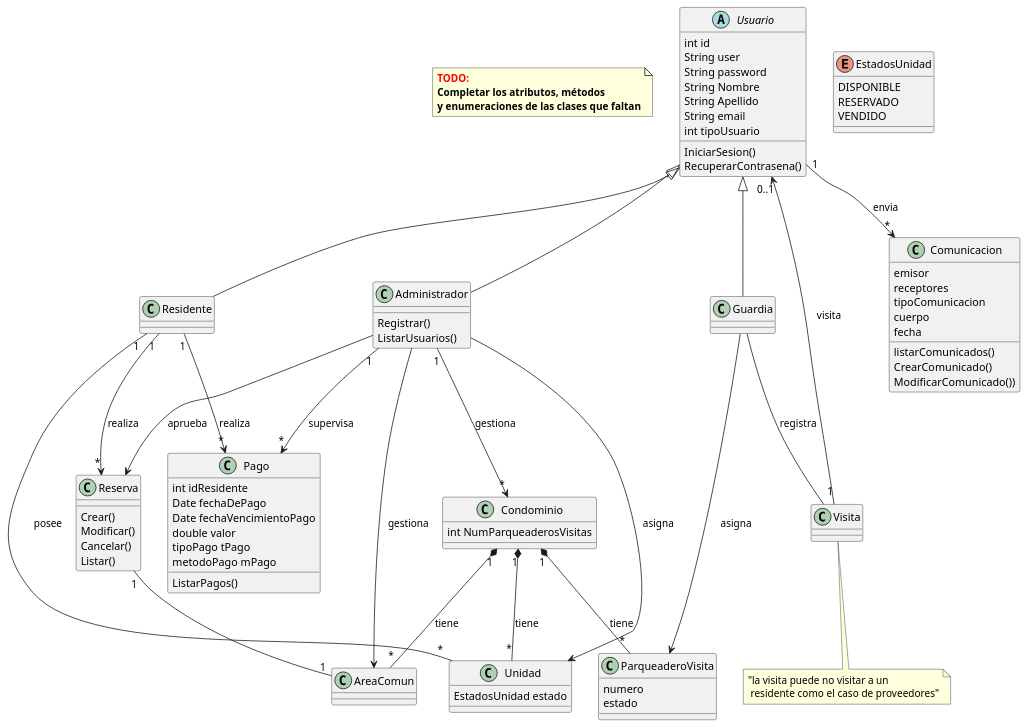
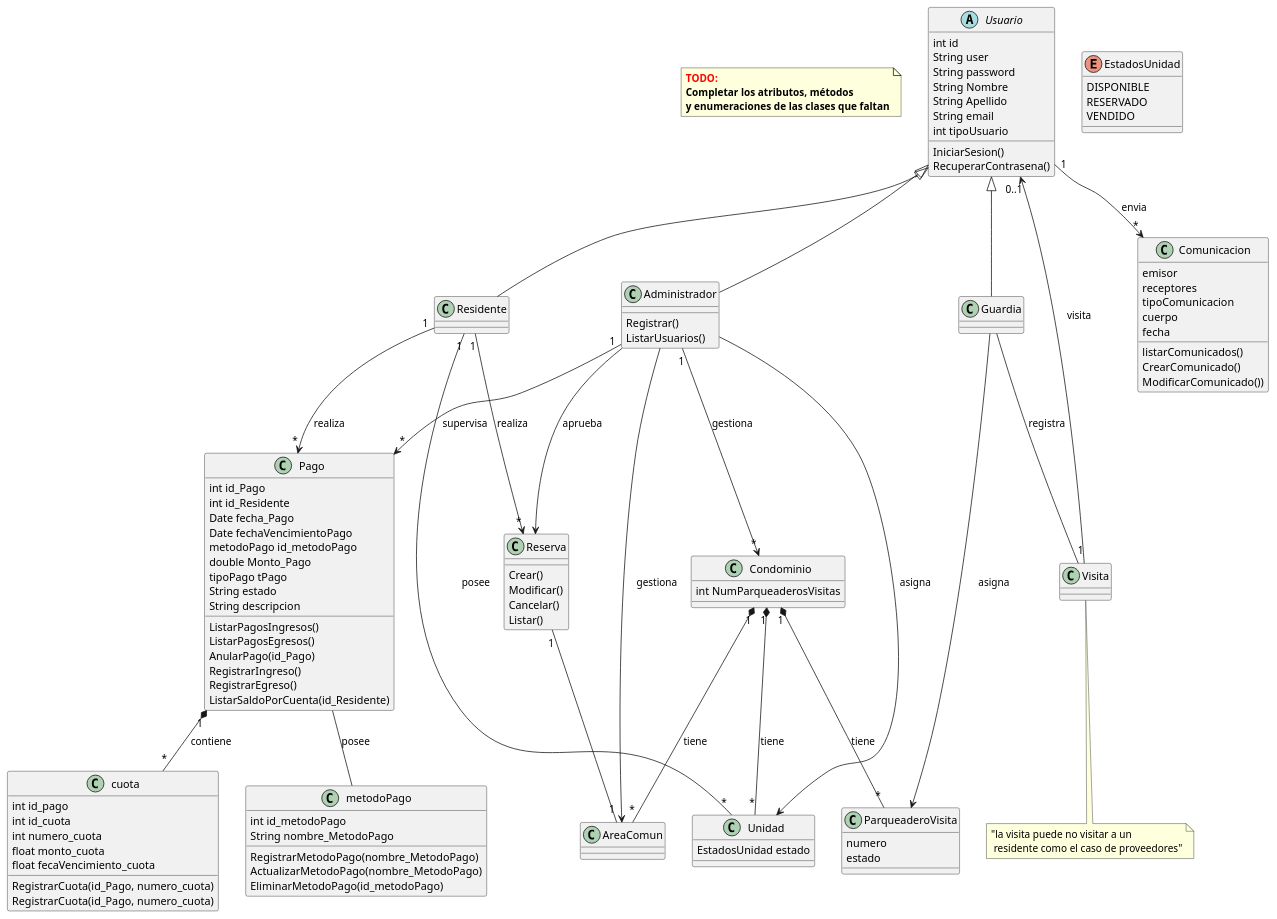
The diagram in src/main/java/condominio/DiagramaDeClases.puml (richardriverag/Condominio), drawn with PlantUML before and after one commit.

Commit message:
actualizacion del archivo DiagramaDeClases.puml con atributos y metodos

```diff
--- a/src/main/java/condominio/DiagramaDeClases.puml
+++ b/src/main/java/condominio/DiagramaDeClases.puml
@@ -1,111 +1,139 @@
 @startuml
 'https://plantuml.com/class-diagram
 note as N1
     <b><color: Red>TODO:
     <b>Completar los atributos, métodos
     <b>y enumeraciones de las clases que faltan
 end note
 abstract class Usuario
 {
     {field} int id
     {field} String user
     {field} String password
     {field} String Nombre
     {field} String Apellido
     {field} String email
     {field} int tipoUsuario
     {method} IniciarSesion()
     {method} RecuperarContrasena()
 }
 class Administrador 
 {
     {method} Registrar()
     {method} ListarUsuarios()
 }
 class Residente
 class Guardia
 class Condominio
 {
     int NumParqueaderosVisitas
 }
 class Unidad
 {
     {field} EstadosUnidad estado
 }
 ' enumeración de estados: disponible, reservado, vendido
 enum EstadosUnidad {
  DISPONIBLE
  RESERVADO
  VENDIDO
 }
 class Reserva{
     {method} Crear()
     {method} Modificar()
     {method} Cancelar()
     {method} Listar()
 }
 class AreaComun
 class Visita
 note bottom: "la visita puede no visitar a un \n residente como el caso de proveedores"
 
 class Pago
 {
-    {field} int idResidente
-    {field} Date fechaDePago
+    {field} int id_Pago
+    {field} int id_Residente
+    {field} Date fecha_Pago
     {field} Date fechaVencimientoPago
-    {field} double valor
+    {field} metodoPago id_metodoPago
+     'enum metodoPago: efectivo, tarjetas de crédito'
+    {field} double Monto_Pago
     {field} tipoPago tPago
-    ' enum alicuota o extraordinaria
-    {field} metodoPago mPago
-    ' enum metodoPago: efectivo, tarjetas de crédito,
-    'tarjetas de débito o transferencia
-    {method} ListarPagos()
-    ' crear pago....
+    'enum alicuota o extraordinaria'
+    'tarjetas de débito o transferencia'
+    {field} String estado
+    'enum ingreso o egreso'
+    {field} String descripcion
+   {method} ListarPagosIngresos()
+   {method} ListarPagosEgresos()
+   {method} AnularPago(id_Pago)
+   {method} RegistrarIngreso()
+   {method} RegistrarEgreso()
+   {method} ListarSaldoPorCuenta(id_Residente)
+}
+
+class cuota{
+    {field} int id_pago
+    {field} int id_cuota
+    {field} int numero_cuota
+    {field} float monto_cuota
+    {field} float fecaVencimiento_cuota
+    {method} RegistrarCuota(id_Pago, numero_cuota)
+    {method} RegistrarCuota(id_Pago, numero_cuota)
+}
+
+class metodoPago{
+    {field} int id_metodoPago
+    {field} String nombre_MetodoPago
+    {method} RegistrarMetodoPago(nombre_MetodoPago)
+    {method} ActualizarMetodoPago(nombre_MetodoPago)
+    {method} EliminarMetodoPago(id_metodoPago)
 }
 
 
 
 class ParqueaderoVisita
 {
     {field} numero
     {field} estado
     ' enumeración de estados: disponible u ocupado
 }
 
 class Comunicacion
 {
     {field} emisor
     {field} receptores
     {field} tipoComunicacion
     'enumeración tipoComunicacion:
     'alerta, directo, anuncio, visita, reservas, pagos
     {field} cuerpo
     {field} fecha
     {method} listarComunicados()
     {method} CrearComunicado()
     {method} ModificarComunicado())
 }
 
 Usuario <|-- Administrador
 Usuario <|-- Residente
 Usuario <|-- Guardia
 Administrador "1"--> "*" Condominio: gestiona
 Administrador --> AreaComun: gestiona
 Administrador --> Reserva: aprueba
 Residente "1"-- "*"Unidad: posee
 Condominio "1" *-- "*"Unidad: tiene
 Condominio "1"*-- "*"AreaComun: tiene
 Condominio "1"*-- "*"ParqueaderoVisita: tiene
 Guardia -- Visita: registra
 Guardia --> ParqueaderoVisita: asigna
 'Residente -- AreaComun
 Reserva "1" -- "1" AreaComun
 Usuario "0..1"<-- "1"Visita: visita
 Residente "1" --> "*"Reserva: realiza
 Residente "1" --> "*" Pago: realiza
 Administrador --> Unidad: asigna
 Usuario "1" --> "*" Comunicacion: envia
 Administrador"1" --> "*"Pago: supervisa
 
+Pago "1" *-- "*"cuota: contiene
+Pago -- metodoPago: posee
 'una enumeración para los tipos de unidades
 @enduml
```
